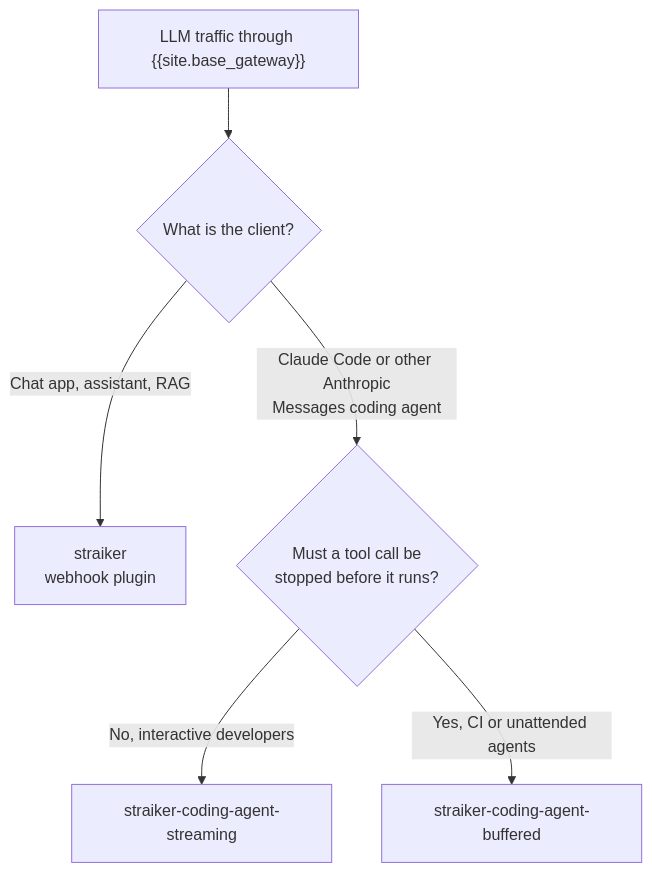
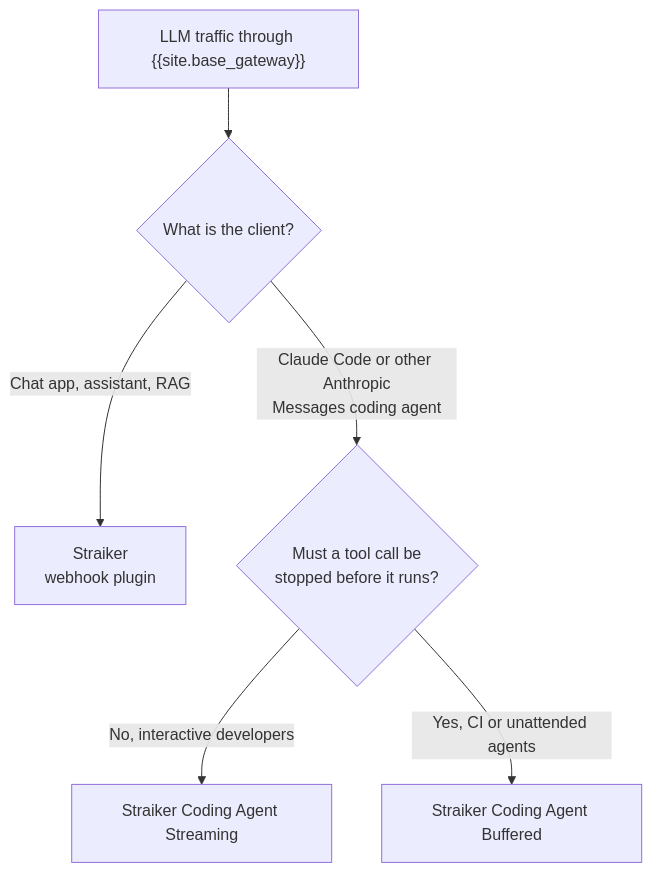
One commit to Kong/developer.konghq.com changed the diagram in app/_includes/plugins/straiker/plugin-selector-diagram.md. Above: the diagram before and after it, drawn with Mermaid. The commit also changed 5 other files, not shown here.

```diff
--- a/app/_includes/plugins/straiker/plugin-selector-diagram.md
+++ b/app/_includes/plugins/straiker/plugin-selector-diagram.md
@@ -1,12 +1,12 @@
 {% mermaid %}
 flowchart TD
   start["LLM traffic through {{site.base_gateway}}"]
   start --> q1{"What is the client?"}
-  q1 -->|"Chat app, assistant, RAG"| A["straiker<br/>webhook plugin"]
+  q1 -->|"Chat app, assistant, RAG"| A["Straiker<br/>webhook plugin"]
   q1 -->|"Claude Code or other Anthropic<br/>Messages coding agent"| q2{"Must a tool call be<br/>stopped before it runs?"}
-  q2 -->|"No, interactive developers"| B["straiker-coding-agent-streaming"]
-  q2 -->|"Yes, CI or unattended agents"| C["straiker-coding-agent-buffered"]
+  q2 -->|"No, interactive developers"| B["Straiker Coding Agent Streaming"]
+  q2 -->|"Yes, CI or unattended agents"| C["Straiker Coding Agent Buffered"]
   click A "/plugins/straiker/"
   click B "/plugins/straiker-coding-agent-streaming/"
   click C "/plugins/straiker-coding-agent-buffered/"
 {% endmermaid %}
```
